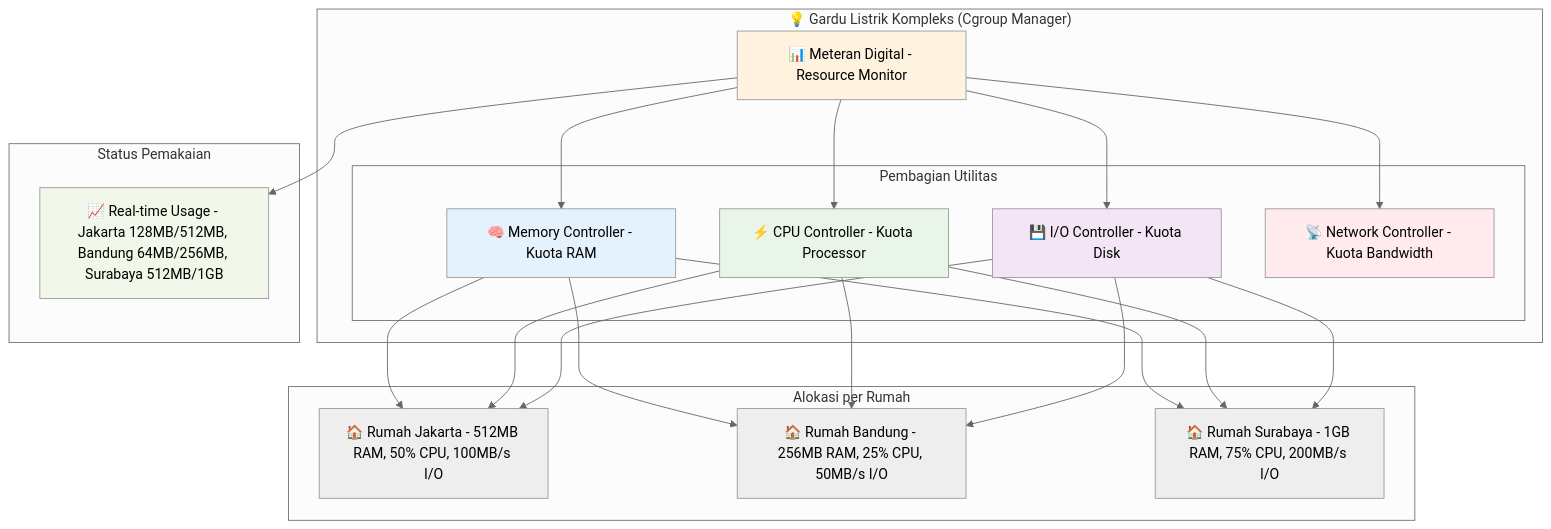
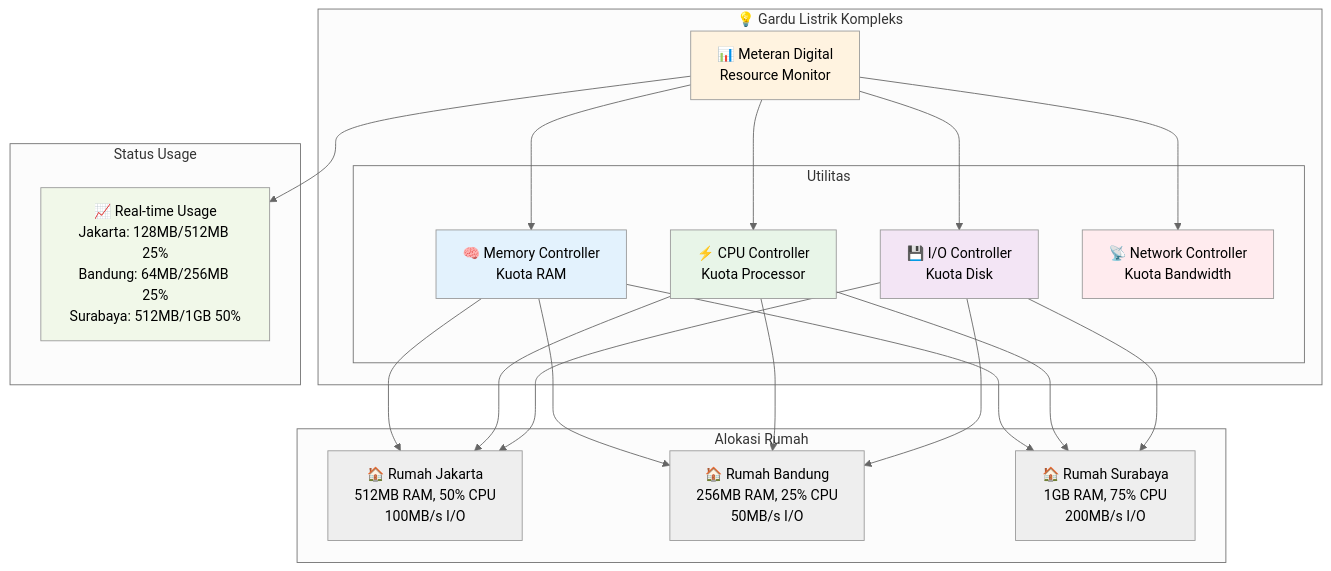
The fourth of 8 diagrams in docs/DIAGRAMS.md (tonidy/pak-rt), drawn with Mermaid (neutral theme) before and after one commit. The commit also changed other lines of this file, not shown here.

First line of the commit message:
docs(diagrams): improve Mermaid diagram readability with line breaks

````diff
--- a/docs/DIAGRAMS.md
+++ b/docs/DIAGRAMS.md
@@ -138,49 +138,49 @@
 ```mermaid
 graph TD
-    subgraph "💡 Gardu Listrik Kompleks (Cgroup Manager)"
-        Monitor[📊 Meteran Digital - Resource Monitor]
+    subgraph "💡 Gardu Listrik Kompleks"
+        Monitor[📊 Meteran Digital<br/>Resource Monitor]
         
-        subgraph "Pembagian Utilitas"
-            MemCtrl[🧠 Memory Controller - Kuota RAM]
-            CPUCtrl[⚡ CPU Controller - Kuota Processor]
-            IOCtrl[💾 I/O Controller - Kuota Disk]
-            NetCtrl[📡 Network Controller - Kuota Bandwidth]
+        subgraph "Utilitas"
+            MemCtrl[🧠 Memory Controller<br/>Kuota RAM]
+            CPUCtrl[⚡ CPU Controller<br/>Kuota Processor]
+            IOCtrl[💾 I/O Controller<br/>Kuota Disk]
+            NetCtrl[📡 Network Controller<br/>Kuota Bandwidth]
         end
     end
     
-    subgraph "Alokasi per Rumah"
-        RumahA_Res[🏠 Rumah Jakarta - 512MB RAM, 50% CPU, 100MB/s I/O]
-        RumahB_Res[🏠 Rumah Bandung - 256MB RAM, 25% CPU, 50MB/s I/O]
-        RumahC_Res[🏠 Rumah Surabaya - 1GB RAM, 75% CPU, 200MB/s I/O]
+    subgraph "Alokasi Rumah"
+        RumahA_Res[🏠 Rumah Jakarta<br/>512MB RAM, 50% CPU<br/>100MB/s I/O]
+        RumahB_Res[🏠 Rumah Bandung<br/>256MB RAM, 25% CPU<br/>50MB/s I/O]
+        RumahC_Res[🏠 Rumah Surabaya<br/>1GB RAM, 75% CPU<br/>200MB/s I/O]
     end
     
     Monitor --> MemCtrl
     Monitor --> CPUCtrl
     Monitor --> IOCtrl
     Monitor --> NetCtrl
     
     MemCtrl --> RumahA_Res
     MemCtrl --> RumahB_Res
     MemCtrl --> RumahC_Res
     
     CPUCtrl --> RumahA_Res
     CPUCtrl --> RumahB_Res
     CPUCtrl --> RumahC_Res
     
     IOCtrl --> RumahA_Res
     IOCtrl --> RumahB_Res
     IOCtrl --> RumahC_Res
     
-    subgraph "Status Pemakaian"
-        Status[📈 Real-time Usage - Jakarta 128MB/512MB, Bandung 64MB/256MB, Surabaya 512MB/1GB]
+    subgraph "Status Usage"
+        Status[📈 Real-time Usage<br/>Jakarta: 128MB/512MB 25%<br/>Bandung: 64MB/256MB 25%<br/>Surabaya: 512MB/1GB 50%]
     end
     
     Monitor --> Status
     
     style Monitor fill:#fff3e0
     style MemCtrl fill:#e3f2fd
     style CPUCtrl fill:#e8f5e8
     style IOCtrl fill:#f3e5f5
     style NetCtrl fill:#ffebee
     style Status fill:#f1f8e9
 ```
````
